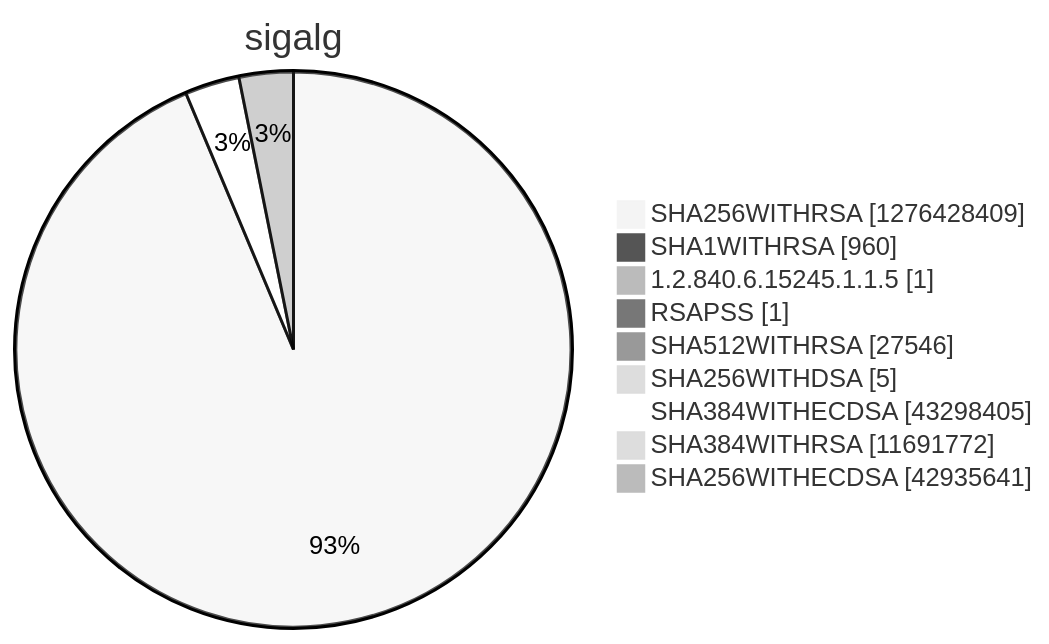
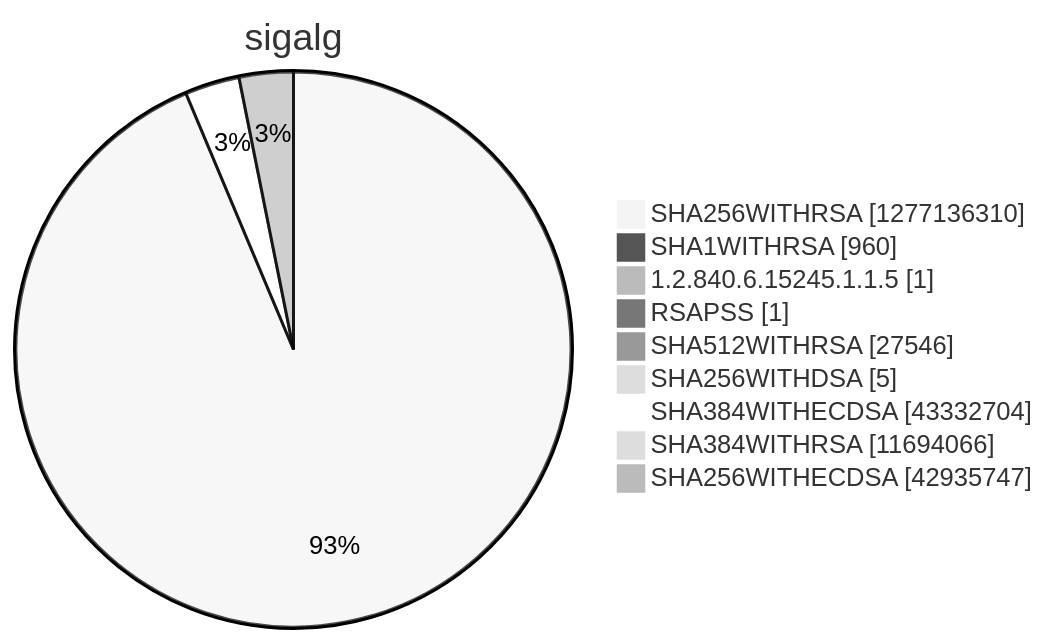
One commit to christiankrug/ctmonitor_visualization changed diagram 15 of 15 in argon2022/README.md. Above: the diagram before and after it, drawn with Mermaid (neutral theme). The commit also changed other lines of this file, not shown here.

````diff
--- a/argon2022/README.md
+++ b/argon2022/README.md
@@ -5522,13 +5522,13 @@
 ```mermaid
 pie showData
 title sigalg
-"SHA256WITHRSA" :1276428409
+"SHA256WITHRSA" :1277136310
 "SHA1WITHRSA" :960
 "1.2.840.6.15245.1.1.5" :1
 "RSAPSS" :1
 "SHA512WITHRSA" :27546
 "SHA256WITHDSA" :5
-"SHA384WITHECDSA" :43298405
-"SHA384WITHRSA" :11691772
-"SHA256WITHECDSA" :42935641
+"SHA384WITHECDSA" :43332704
+"SHA384WITHRSA" :11694066
+"SHA256WITHECDSA" :42935747
 ```
````
